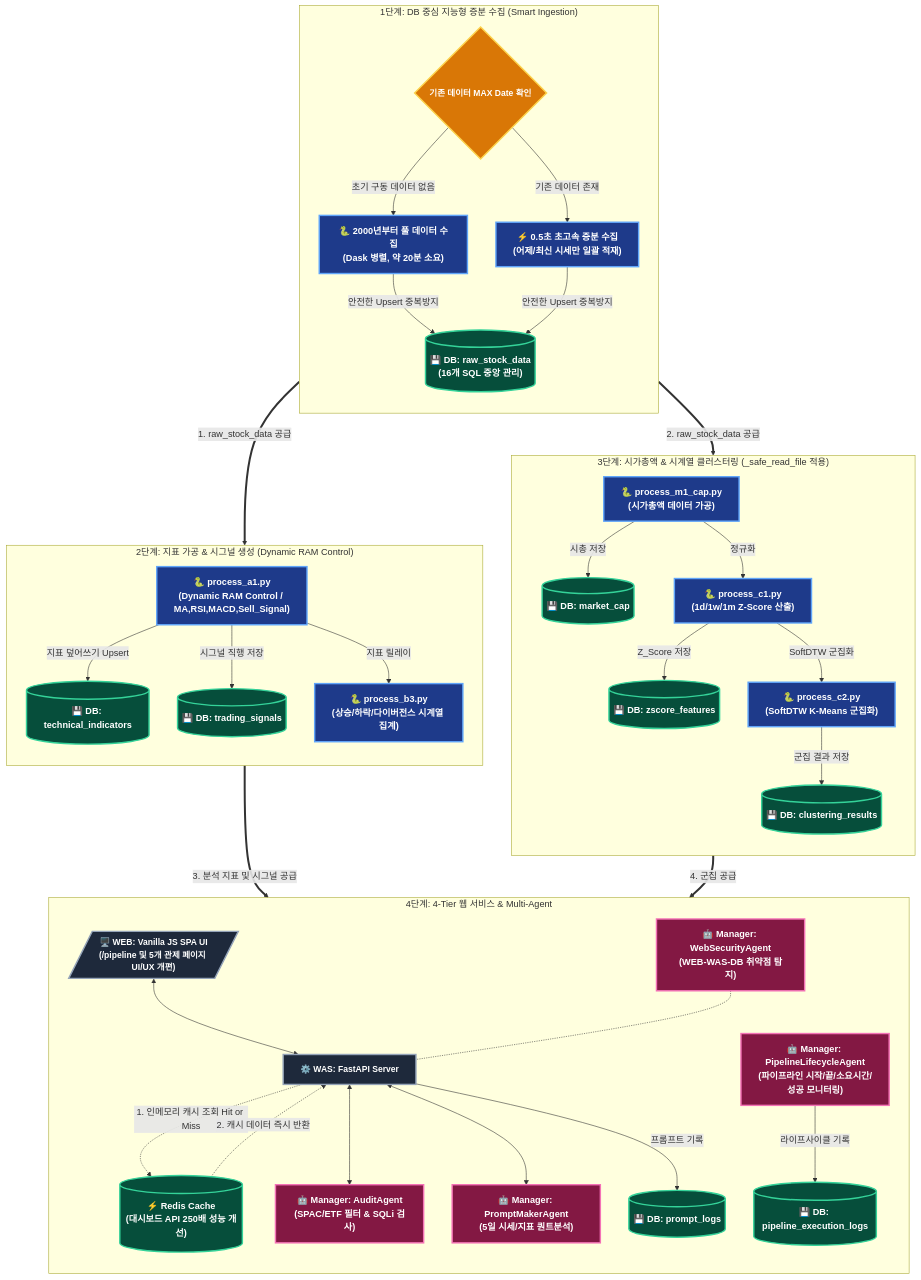
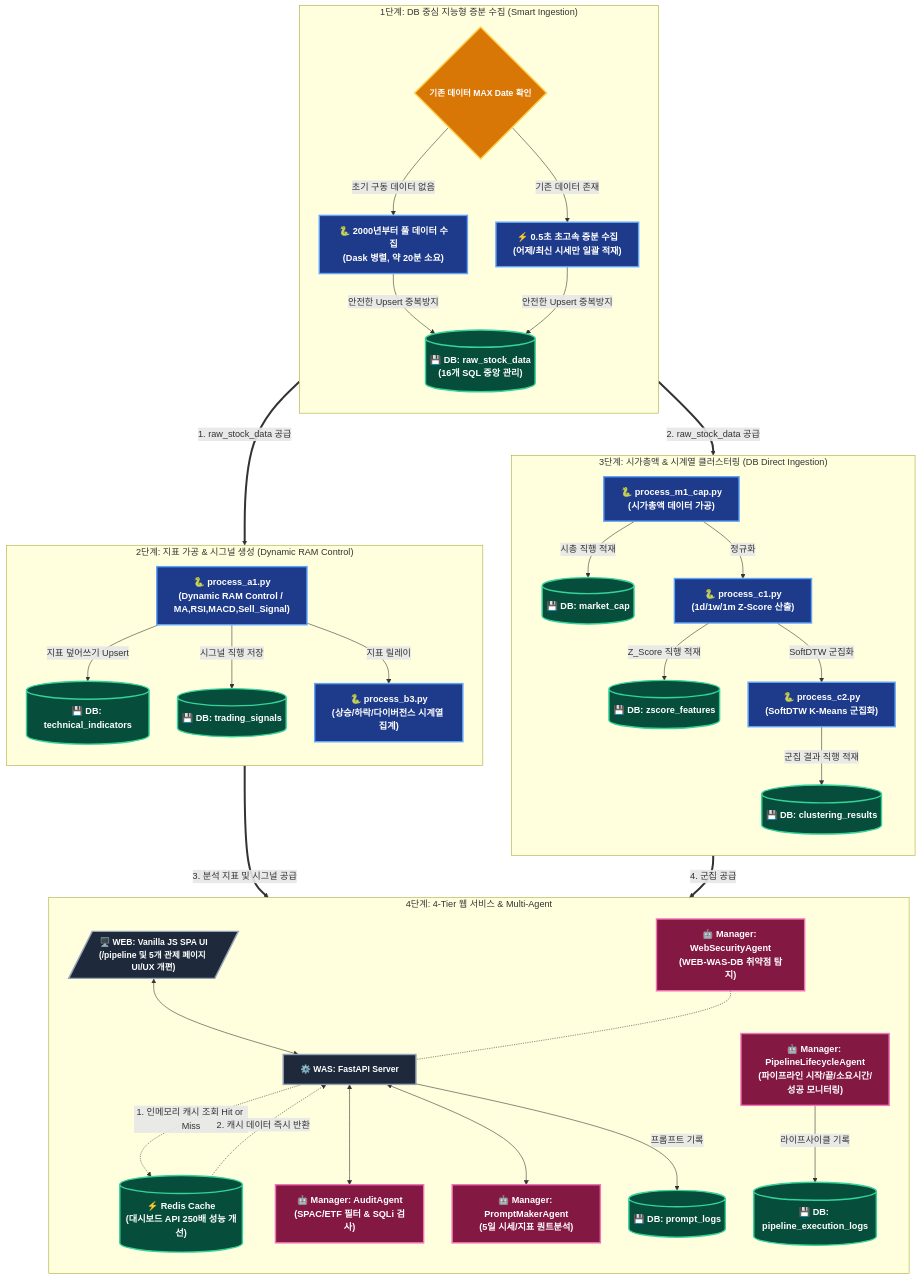
One commit to hugingstar/ggeolmu changed the first of 3 diagrams in README.md. Above: the diagram before and after it, drawn with Mermaid. The commit also changed other lines of this file and 37 other files, not shown here.

````diff
--- a/README.md
+++ b/README.md
@@ -14,64 +14,64 @@
 ```mermaid
 flowchart TD
     %% 수직 순차 흐름 및 큼직한 폰트(16px, bold) 스타일 정의
     classDef pythonEngine fill:#1e3a8a,stroke:#60a5fa,stroke-width:2.5px,color:#ffffff,font-size:16px,font-weight:bold;
     classDef dbStorage fill:#064e3b,stroke:#34d399,stroke-width:2.5px,color:#ffffff,font-size:16px,font-weight:bold;
     classDef agentManager fill:#831843,stroke:#f472b6,stroke-width:2.5px,color:#ffffff,font-size:16px,font-weight:bold;
     classDef webServer fill:#1e293b,stroke:#94a3b8,stroke-width:2.5px,color:#ffffff,font-size:15px,font-weight:bold;
     classDef logicNode fill:#d97706,stroke:#fcd34d,stroke-width:2.5px,color:#ffffff,font-size:15px,font-weight:bold;
 
     %% 1단계: DB 중심 지능형 증분 수집 (Smart Ingestion)
     subgraph Step1 ["1단계: DB 중심 지능형 증분 수집 (Smart Ingestion)"]
         direction TB
         DB_Check{"기존 데이터 MAX Date 확인"}:::logicNode
         
         DB_Check -->|초기 구동 데이터 없음| FullFetch["🐍 2000년부터 풀 데이터 수집<br>(Dask 병렬, 약 20분 소요)"]:::pythonEngine
         DB_Check -->|기존 데이터 존재| DeltaFetch["⚡ 0.5초 초고속 증분 수집<br>(어제/최신 시세만 일괄 적재)"]:::pythonEngine
         
         DB_Raw[("💾 DB: raw_stock_data<br>(16개 SQL 중앙 관리)")]:::dbStorage
         FullFetch -->|안전한 Upsert 중복방지| DB_Raw
         DeltaFetch -->|안전한 Upsert 중복방지| DB_Raw
     end
 
     %% 2단계: 기술적 지표 및 시그널 연산
     subgraph Step2 ["2단계: 지표 가공 & 시그널 생성 (Dynamic RAM Control)"]
         direction TB
         ProcessA1["🐍 process_a1.py<br>(Dynamic RAM Control / MA,RSI,MACD,Sell_Signal)"]:::pythonEngine
         ProcessA1 -->|지표 덮어쓰기 Upsert| DB_Tech[("💾 DB: technical_indicators")]:::dbStorage
         ProcessA1 -->|시그널 직행 저장| DB_Signal[("💾 DB: trading_signals")]:::dbStorage
         ProcessA1 -->|지표 릴레이| ProcessB3["🐍 process_b3.py<br>(상승/하락/다이버전스 시계열 집계)"]:::pythonEngine
     end
 
     %% 3단계: 시계열 클러스터링
-    subgraph Step3 ["3단계: 시가총액 & 시계열 클러스터링 (_safe_read_file 적용)"]
+    subgraph Step3 ["3단계: 시가총액 & 시계열 클러스터링 (DB Direct Ingestion)"]
         direction TB
-        ProcessM1["🐍 process_m1_cap.py<br>(시가총액 데이터 가공)"]:::pythonEngine -->|시총 저장| DB_Cap[("💾 DB: market_cap")]:::dbStorage
+        ProcessM1["🐍 process_m1_cap.py<br>(시가총액 데이터 가공)"]:::pythonEngine -->|시총 직행 적재| DB_Cap[("💾 DB: market_cap")]:::dbStorage
         ProcessM1 -->|정규화| ProcessC1["🐍 process_c1.py<br>(1d/1w/1m Z-Score 산출)"]:::pythonEngine
-        ProcessC1 -->|Z_Score 저장| DB_ZScore[("💾 DB: zscore_features")]:::dbStorage
+        ProcessC1 -->|Z_Score 직행 적재| DB_ZScore[("💾 DB: zscore_features")]:::dbStorage
         ProcessC1 -->|SoftDTW 군집화| ProcessC2["🐍 process_c2.py<br>(SoftDTW K-Means 군집화)"]:::pythonEngine
-        ProcessC2 -->|군집 결과 저장| DB_Cluster[("💾 DB: clustering_results")]:::dbStorage
+        ProcessC2 -->|군집 결과 직행 적재| DB_Cluster[("💾 DB: clustering_results")]:::dbStorage
     end
 
     %% 4단계: 4-Tier 웹 서비스 & 멀티 에이전트
     subgraph Step4 ["4단계: 4-Tier 웹 서비스 & Multi-Agent"]
         direction TB
         UI[/"🖥️ WEB: Vanilla JS SPA UI<br>(/pipeline 및 5개 관제 페이지 UI/UX 개편)"/]:::webServer <--> WAS["⚙️ WAS: FastAPI Server"]:::webServer
         
         %% Redis Cache Layer 명시
         WAS -.->|1. 인메모리 캐시 조회 Hit or Miss| RedisCache[("⚡ Redis Cache<br>(대시보드 API 250배 성능 개선)")]:::dbStorage
         RedisCache -.->|2. 캐시 데이터 즉시 반환| WAS
         
         WAS <--> Audit["🤖 Manager: AuditAgent<br>(SPAC/ETF 필터 & SQLi 검사)"]:::agentManager
         WAS <--> PromptAgent["🤖 Manager: PromptMakerAgent<br>(5일 시세/지표 퀀트분석)"]:::agentManager
         WAS -->|프롬프트 기록| DB_Logs[("💾 DB: prompt_logs")]:::dbStorage
         
         PipeAgent["🤖 Manager: PipelineLifecycleAgent<br>(파이프라인 시작/끝/소요시간/성공 모니터링)"]:::agentManager -->|라이프사이클 기록| DB_PipeLogs[("💾 DB: pipeline_execution_logs")]:::dbStorage
         SecAgent["🤖 Manager: WebSecurityAgent<br>(WEB-WAS-DB 취약점 탐지)"]:::agentManager -.- WAS
     end
 
     %% [위에서 아래로 이어지는 수직 메인 데이터 흐름선]
     Step1 ==>|1. raw_stock_data 공급| Step2
     Step1 ==>|2. raw_stock_data 공급| Step3
     Step2 ==>|3. 분석 지표 및 시그널 공급| Step4
     Step3 ==>|4. 군집 공급| Step4
 ```
````
